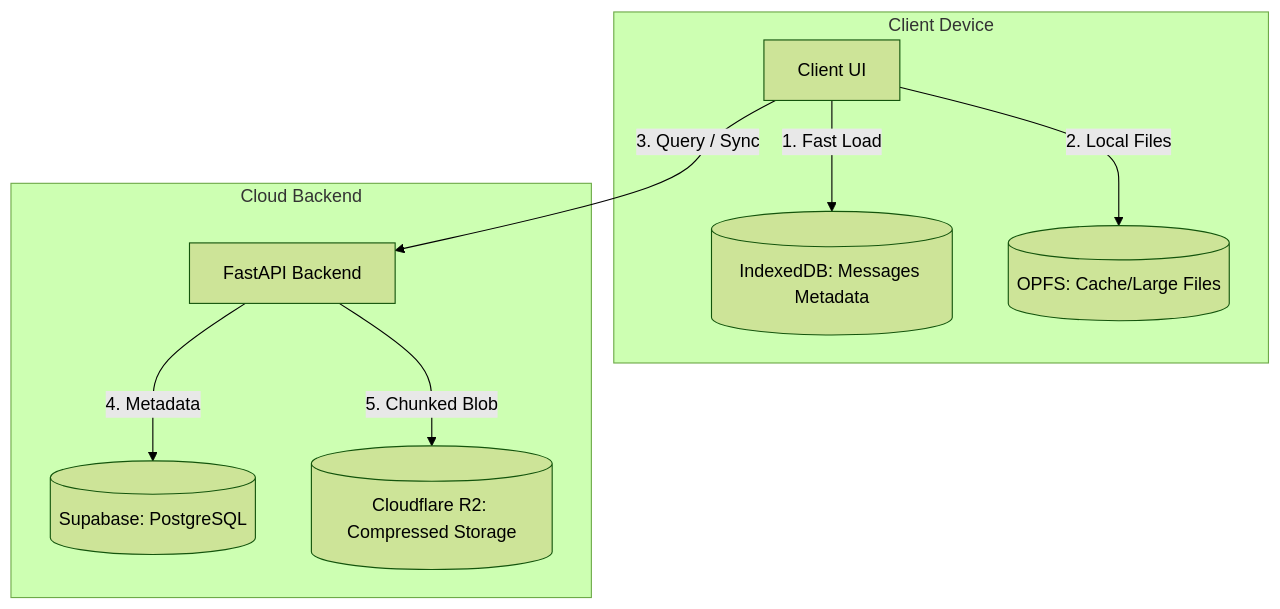
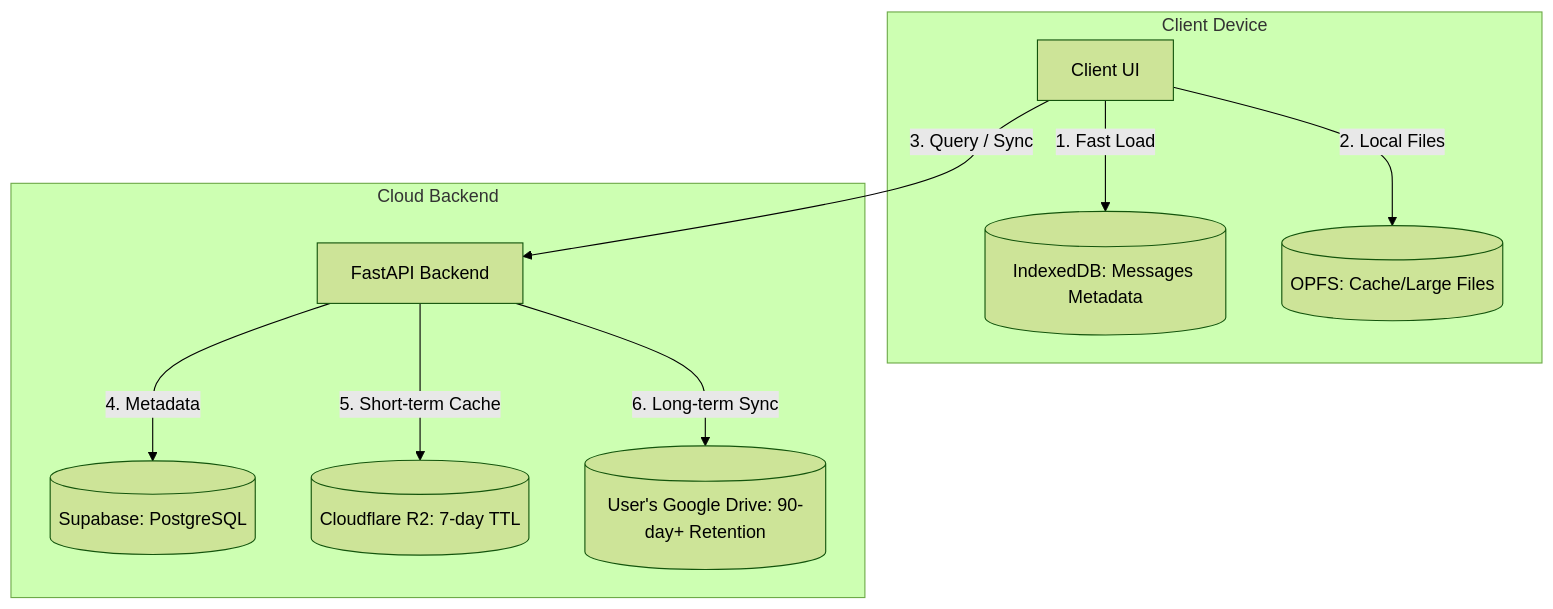
Before and after one commit to pordanethan-cloud/Agent-Ochuko: the diagram in docs/storage_handling.md, drawn with Mermaid (forest theme). The commit also changed other lines of this file and 14 other files, not shown here.

````diff
--- a/docs/storage_handling.md
+++ b/docs/storage_handling.md
@@ -11,12 +11,13 @@
 ```mermaid
 graph TD
     subgraph Client Device
         A[Client UI] -->|1. Fast Load| B[(IndexedDB: Messages Metadata)]
         A -->|2. Local Files| C[(OPFS: Cache/Large Files)]
     end
     subgraph Cloud Backend
         A -->|3. Query / Sync| D[FastAPI Backend]
         D -->|4. Metadata| E[(Supabase: PostgreSQL)]
-        D -->|5. Chunked Blob| F[(Cloudflare R2: Compressed Storage)]
+        D -->|5. Short-term Cache| F[(Cloudflare R2: 7-day TTL)]
+        D -->|6. Long-term Sync| G[(User's Google Drive: 90-day+ Retention)]
     end
 ```
````
